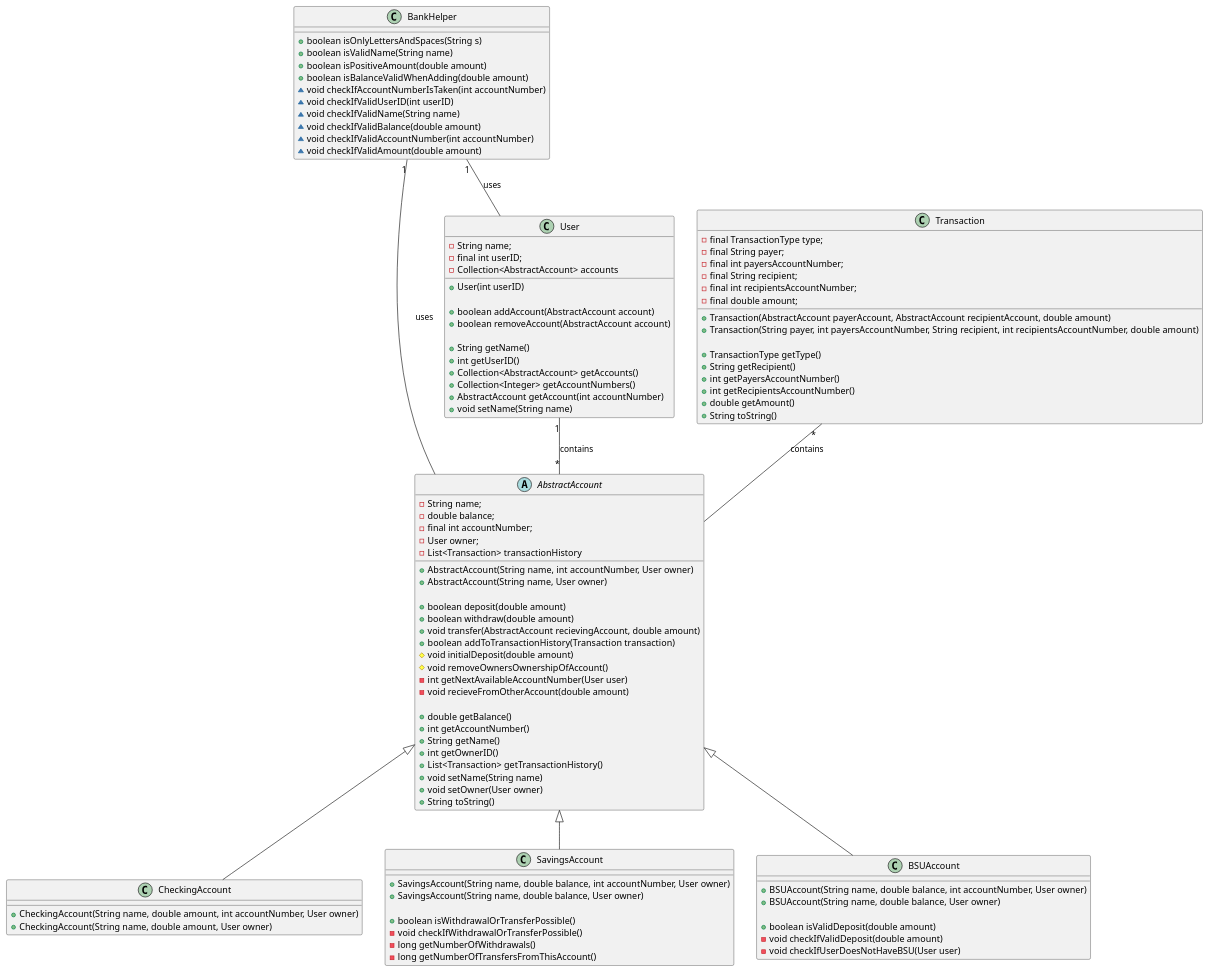
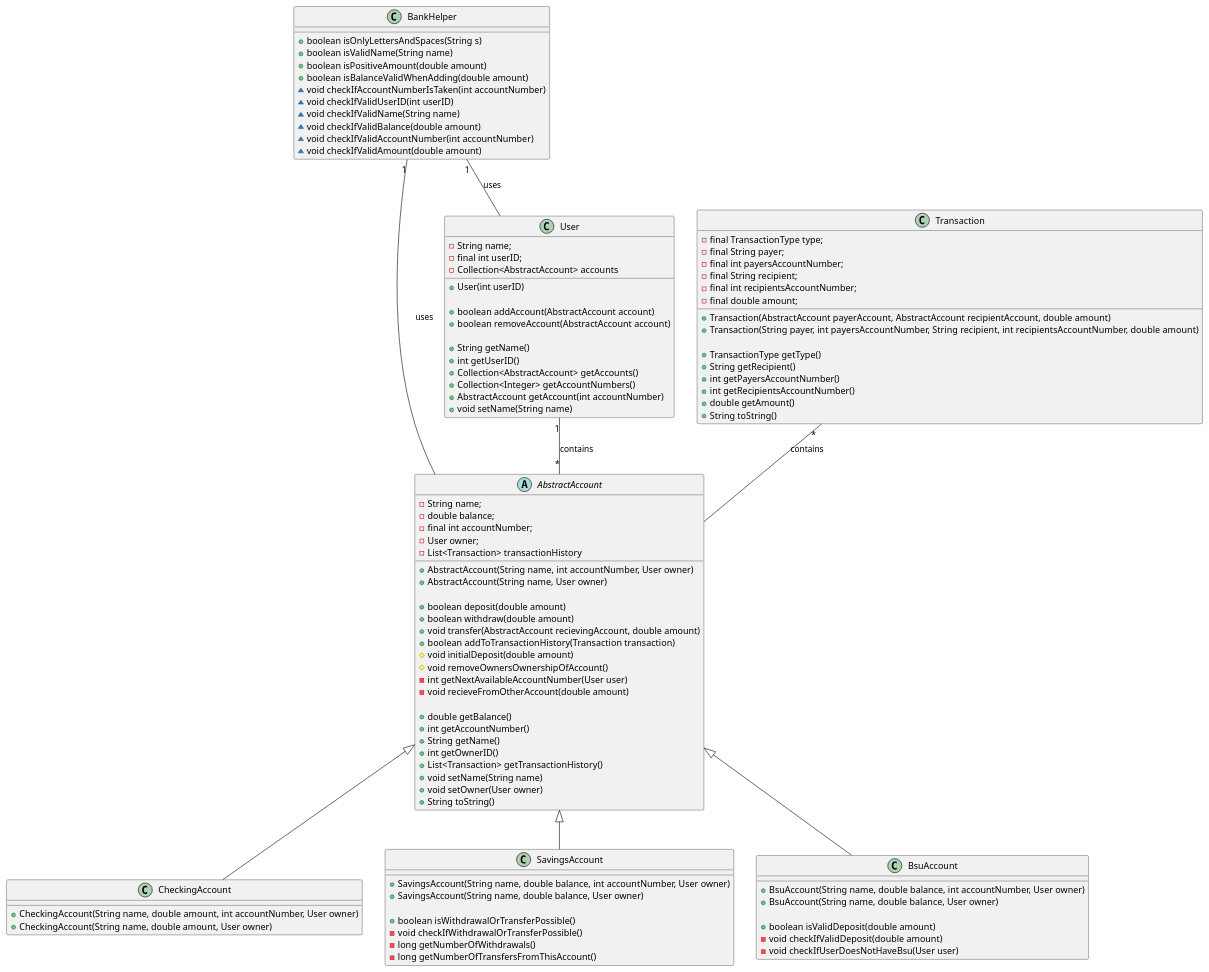
Before and after one commit to hansjhaland/CashFlow_RESTapi_JavaFX: the diagram in cash-flow/Klassediagram.puml, drawn with PlantUML. The commit also changed 22 other files, not shown here.

```diff
--- a/cash-flow/Klassediagram.puml
+++ b/cash-flow/Klassediagram.puml
@@ -1,121 +1,121 @@
 @startuml
 
 abstract class AbstractAccount {
     - String name;
     - double balance;
     - final int accountNumber;
     - User owner;
     - List<Transaction> transactionHistory
     
     + AbstractAccount(String name, int accountNumber, User owner)
     + AbstractAccount(String name, User owner)
     
     + boolean deposit(double amount)
     + boolean withdraw(double amount)
     + void transfer(AbstractAccount recievingAccount, double amount)
     + boolean addToTransactionHistory(Transaction transaction)
     # void initialDeposit(double amount)
     # void removeOwnersOwnershipOfAccount()
     - int getNextAvailableAccountNumber(User user)
     - void recieveFromOtherAccount(double amount)
     
     + double getBalance()
     + int getAccountNumber()
     + String getName()
     + int getOwnerID()
     + List<Transaction> getTransactionHistory()
     + void setName(String name)
     + void setOwner(User owner)
     + String toString()
 }
 
 class CheckingAccount {
     + CheckingAccount(String name, double amount, int accountNumber, User owner)
     + CheckingAccount(String name, double amount, User owner)
 }
 
 class SavingsAccount {
     + SavingsAccount(String name, double balance, int accountNumber, User owner)
     + SavingsAccount(String name, double balance, User owner)
     
     + boolean isWithdrawalOrTransferPossible()
     - void checkIfWithdrawalOrTransferPossible()
     - long getNumberOfWithdrawals()
     - long getNumberOfTransfersFromThisAccount()
 }
 
-class BSUAccount {
-    + BSUAccount(String name, double balance, int accountNumber, User owner)
-    + BSUAccount(String name, double balance, User owner)
+class BsuAccount {
+    + BsuAccount(String name, double balance, int accountNumber, User owner)
+    + BsuAccount(String name, double balance, User owner)
     
     + boolean isValidDeposit(double amount)
     - void checkIfValidDeposit(double amount)
-    - void checkIfUserDoesNotHaveBSU(User user)
+    - void checkIfUserDoesNotHaveBsu(User user)
 }
 
 class User {
     - String name;
     - final int userID;
     - Collection<AbstractAccount> accounts
     
     + User(int userID)
     
     + boolean addAccount(AbstractAccount account)
     + boolean removeAccount(AbstractAccount account)
     
     + String getName()
     + int getUserID()
     + Collection<AbstractAccount> getAccounts()
     + Collection<Integer> getAccountNumbers()
     + AbstractAccount getAccount(int accountNumber)
     + void setName(String name)
 
 }
 
 class Transaction {
     - final TransactionType type;
     - final String payer;
     - final int payersAccountNumber;
     - final String recipient;
     - final int recipientsAccountNumber;
     - final double amount;
     
     + Transaction(AbstractAccount payerAccount, AbstractAccount recipientAccount, double amount)
     + Transaction(String payer, int payersAccountNumber, String recipient, int recipientsAccountNumber, double amount)
     
     + TransactionType getType()
     + String getRecipient()
     + int getPayersAccountNumber()
     + int getRecipientsAccountNumber()
     + double getAmount()
     + String toString()
 }
 
 class BankHelper {
     + boolean isOnlyLettersAndSpaces(String s)
     + boolean isValidName(String name)
     + boolean isPositiveAmount(double amount)
     + boolean isBalanceValidWhenAdding(double amount)
     ~ void checkIfAccountNumberIsTaken(int accountNumber)
     ~ void checkIfValidUserID(int userID)
     ~ void checkIfValidName(String name)
     ~ void checkIfValidBalance(double amount)
     ~ void checkIfValidAccountNumber(int accountNumber)
     ~ void checkIfValidAmount(double amount)
 }
 
 
 AbstractAccount <|-- CheckingAccount 
 AbstractAccount <|-- SavingsAccount 
-AbstractAccount <|-- BSUAccount 
+AbstractAccount <|-- BsuAccount 
 
 User "1" -- "*" AbstractAccount : contains
 
 Transaction "*" -- AbstractAccount : contains
 
 BankHelper "1" -- AbstractAccount : uses
 
 BankHelper "1" -- User : uses
 
 
 @enduml
```
